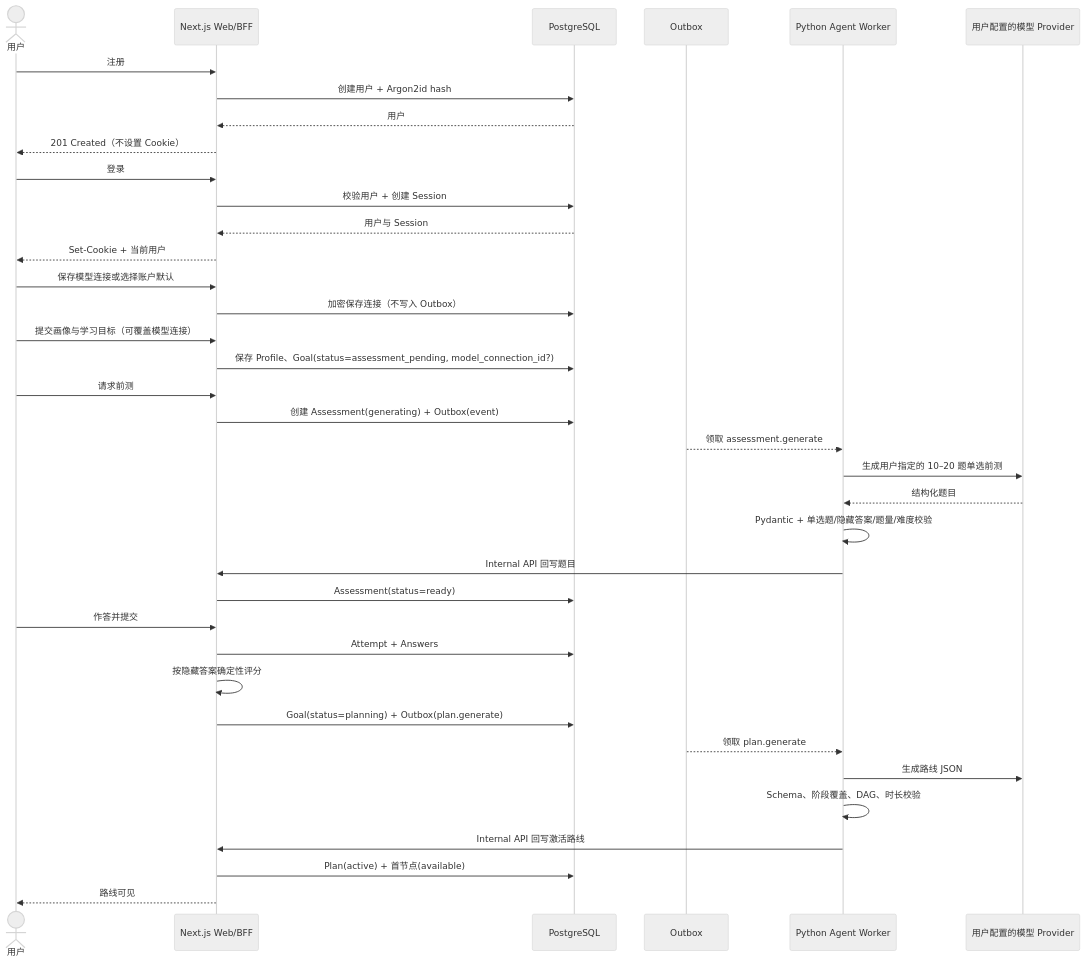
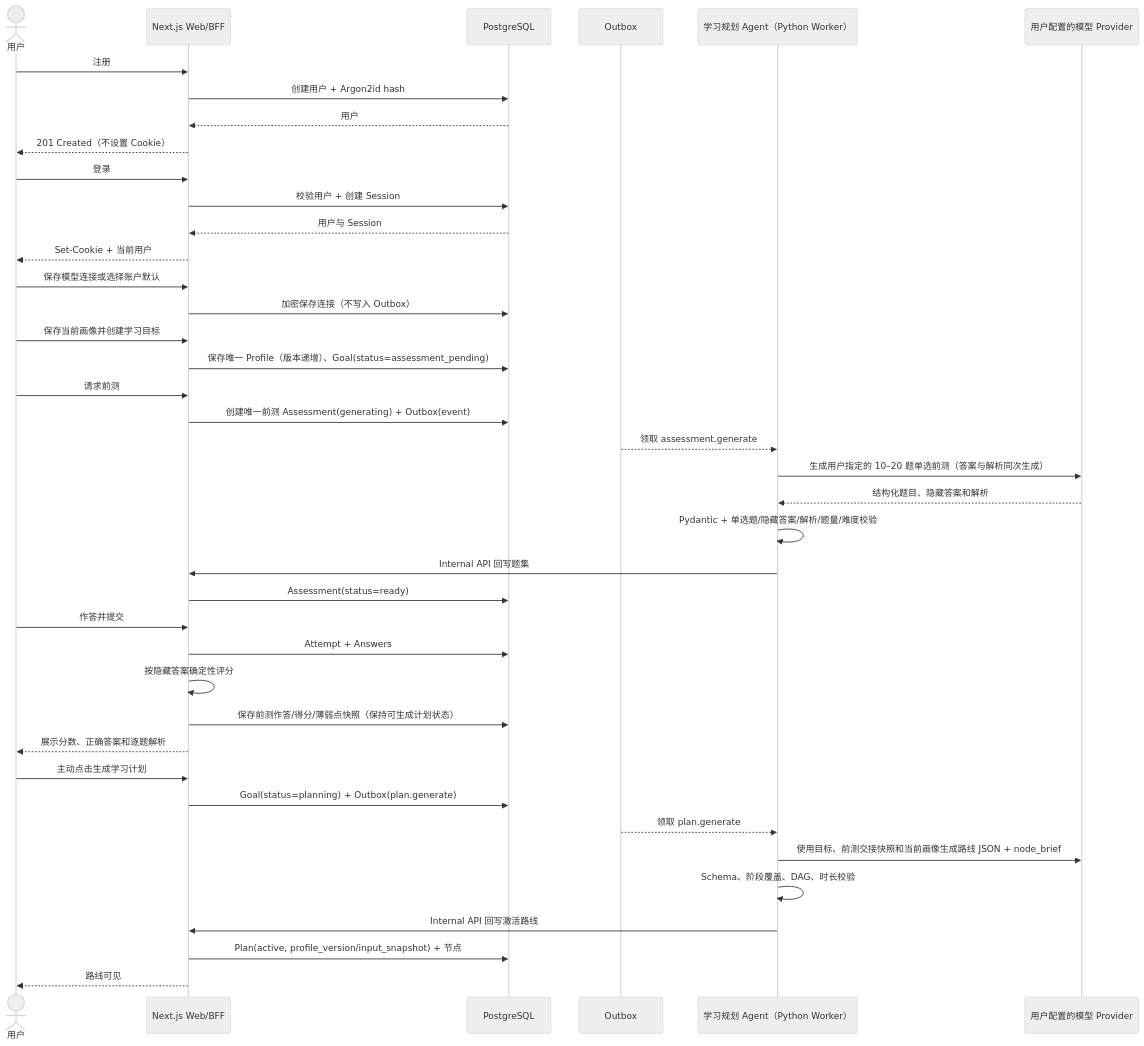
The second of 5 diagrams in docs/04-MVP-P0实施需求与开发指南.md (litieshan2331/LearnCraft), drawn with Mermaid (neutral theme) before and after one commit. The commit also changed other lines of this file and 71 other files, not shown here.

````diff
--- a/docs/04-MVP-P0实施需求与开发指南.md
+++ b/docs/04-MVP-P0实施需求与开发指南.md
@@ -1237,40 +1265,43 @@
 ```mermaid
 sequenceDiagram
     actor U as 用户
     participant W as Next.js Web/BFF
     participant DB as PostgreSQL
     participant O as Outbox
-    participant A as Python Agent Worker
+    participant A1 as 学习规划 Agent（Python Worker）
     participant M as 用户配置的模型 Provider
 
     U->>W: 注册
     W->>DB: 创建用户 + Argon2id hash
     DB-->>W: 用户
     W-->>U: 201 Created（不设置 Cookie）
     U->>W: 登录
     W->>DB: 校验用户 + 创建 Session
     DB-->>W: 用户与 Session
     W-->>U: Set-Cookie + 当前用户
     U->>W: 保存模型连接或选择账户默认
     W->>DB: 加密保存连接（不写入 Outbox）
-    U->>W: 提交画像与学习目标（可覆盖模型连接）
-    W->>DB: 保存 Profile、Goal(status=assessment_pending, model_connection_id?)
+    U->>W: 保存当前画像并创建学习目标
+    W->>DB: 保存唯一 Profile（版本递增）、Goal(status=assessment_pending)
     U->>W: 请求前测
-    W->>DB: 创建 Assessment(generating) + Outbox(event)
-    O-->>A: 领取 assessment.generate
-    A->>M: 生成用户指定的 10–20 题单选前测
-    M-->>A: 结构化题目
-    A->>A: Pydantic + 单选题/隐藏答案/题量/难度校验
-    A->>W: Internal API 回写题目
+    W->>DB: 创建唯一前测 Assessment(generating) + Outbox(event)
+    O-->>A1: 领取 assessment.generate
+    A1->>M: 生成用户指定的 10–20 题单选前测（答案与解析同次生成）
+    M-->>A1: 结构化题目、隐藏答案和解析
+    A1->>A1: Pydantic + 单选题/隐藏答案/解析/题量/难度校验
+    A1->>W: Internal API 回写题集
     W->>DB: Assessment(status=ready)
     U->>W: 作答并提交
     W->>DB: Attempt + Answers
     W->>W: 按隐藏答案确定性评分
+    W->>DB: 保存前测作答/得分/薄弱点快照（保持可生成计划状态）
+    W-->>U: 展示分数、正确答案和逐题解析
+    U->>W: 主动点击生成学习计划
     W->>DB: Goal(status=planning) + Outbox(plan.generate)
-    O-->>A: 领取 plan.generate
-    A->>M: 生成路线 JSON
-    A->>A: Schema、阶段覆盖、DAG、时长校验
-    A->>W: Internal API 回写激活路线
-    W->>DB: Plan(active) + 首节点(available)
+    O-->>A1: 领取 plan.generate
+    A1->>M: 使用目标、前测交接快照和当前画像生成路线 JSON + node_brief
+    A1->>A1: Schema、阶段覆盖、DAG、时长校验
+    A1->>W: Internal API 回写激活路线
+    W->>DB: Plan(active, profile_version/input_snapshot) + 节点
     W-->>U: 路线可见
 ```
````
